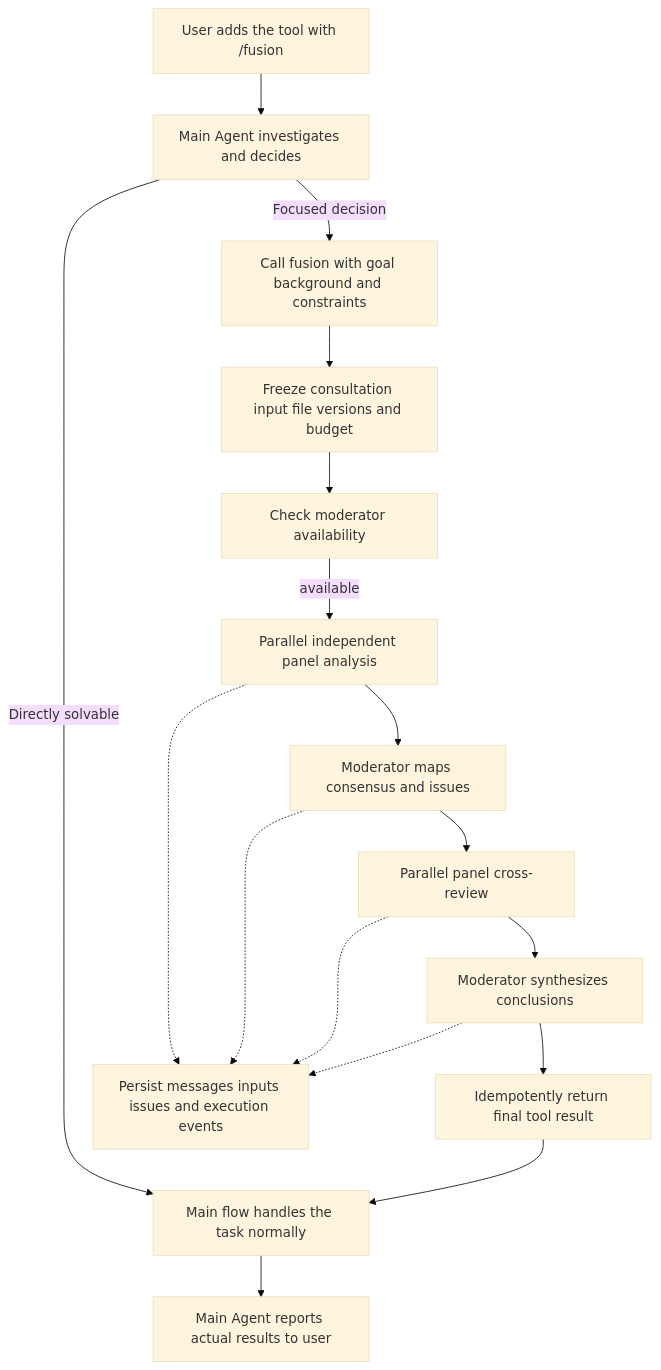
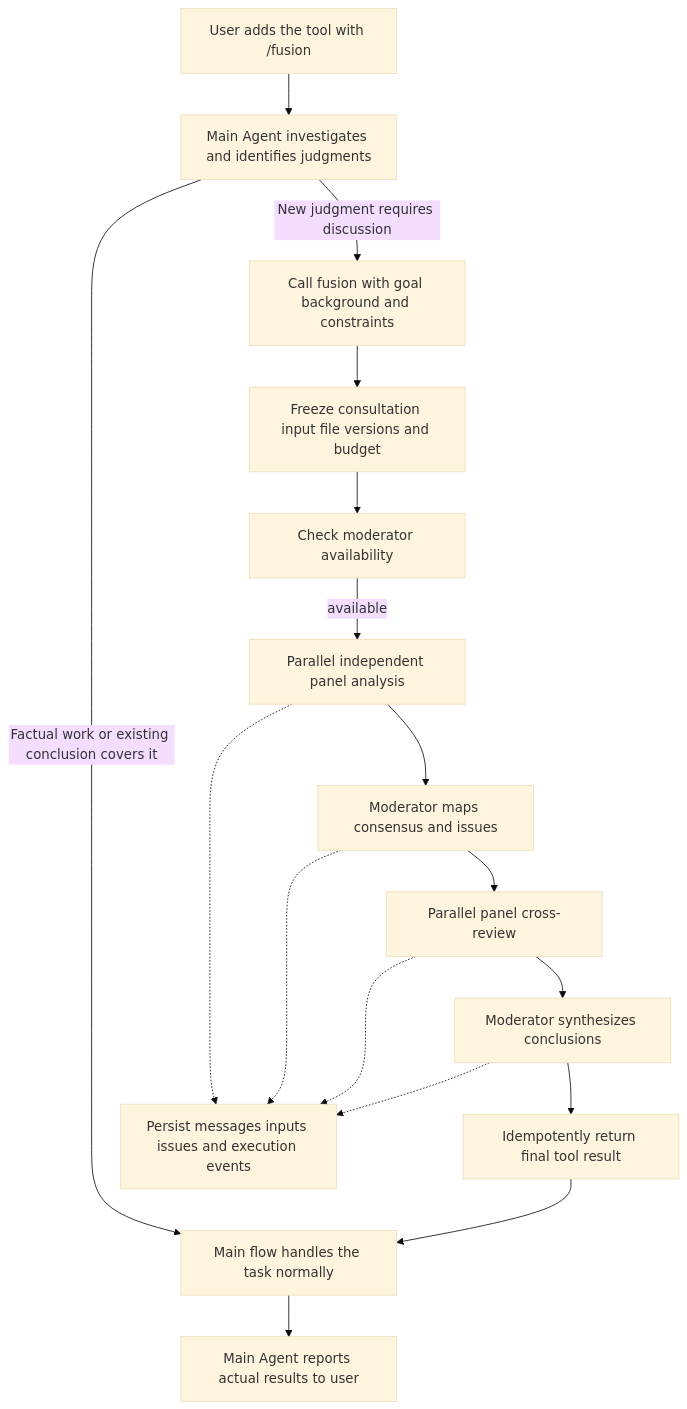
Before and after one commit to futuregene/future-os: the diagram in docs/architecture/fusion.md, drawn with Mermaid (base theme). The commit also changed other lines of this file and 5 other files, not shown here.

Commit message:
feat(fusion): require focused discussions without a per-run call cap

````diff
--- a/docs/architecture/fusion.md
+++ b/docs/architecture/fusion.md
@@ -133,19 +151,19 @@
 ```mermaid
 flowchart TD
-    U[User adds the tool with /fusion] --> O[Main Agent investigates and decides]
-    O -->|Directly solvable| E[Main flow handles the task normally]
-    O -->|Focused decision| T[Call fusion with goal background and constraints]
+    U[User adds the tool with /fusion] --> O[Main Agent investigates and identifies judgments]
+    O -->|Factual work or existing conclusion covers it| E[Main flow handles the task normally]
+    O -->|New judgment requires discussion| T[Call fusion with goal background and constraints]
     T --> S[Freeze consultation input file versions and budget]
     S --> H[Check moderator availability]
     H -->|available| A[Parallel independent panel analysis]
     A --> I[Moderator maps consensus and issues]
     I --> R[Parallel panel cross-review]
     R --> F[Moderator synthesizes conclusions]
     F --> P[Idempotently return final tool result]
     P --> E
     E --> Z[Main Agent reports actual results to user]
     A -.-> D[Persist messages inputs issues and execution events]
     I -.-> D
     R -.-> D
     F -.-> D
 ```
````
